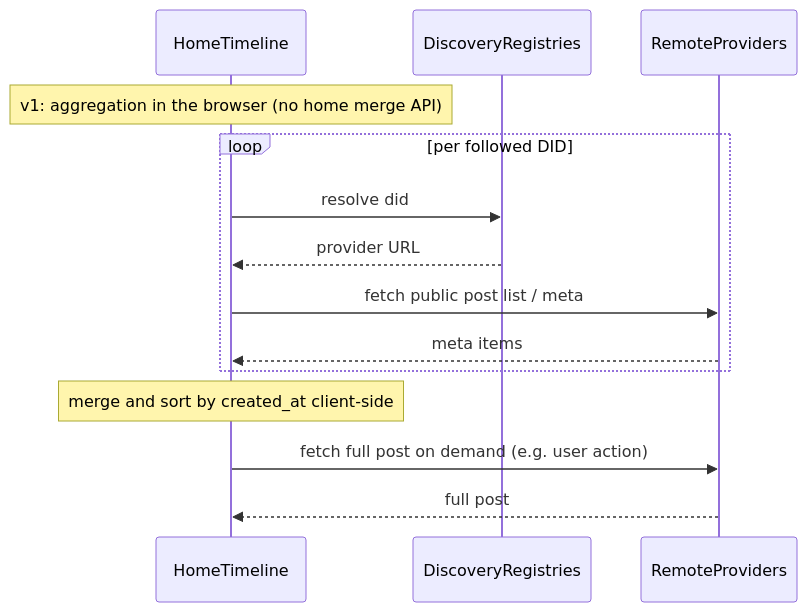
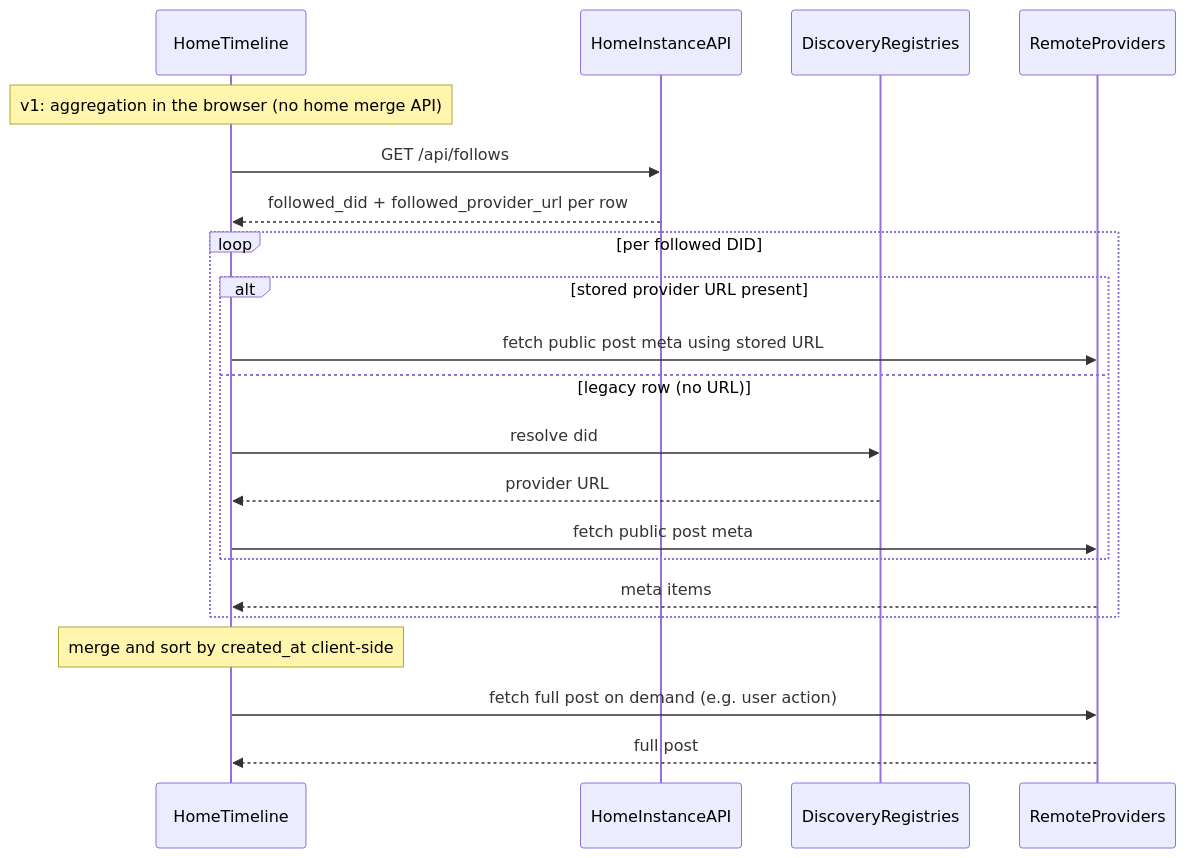
Before and after one commit to syr-is/syr: the diagram in apps/docs/app/src/routes/architecture/follows-and-timeline/+page.md, drawn with Mermaid. The commit also changed other lines of this file and 67 other files, not shown here.

````diff
--- a/apps/docs/app/src/routes/architecture/follows-and-timeline/+page.md
+++ b/apps/docs/app/src/routes/architecture/follows-and-timeline/+page.md
@@ -124,17 +127,24 @@
 ```mermaid
 sequenceDiagram
   participant UI as HomeTimeline
+  participant Home as HomeInstanceAPI
   participant Reg as DiscoveryRegistries
   participant Prov as RemoteProviders
 
   Note over UI: v1: aggregation in the browser (no home merge API)
+  UI->>Home: GET /api/follows
+  Home-->>UI: followed_did + followed_provider_url per row
   loop per followed DID
-    UI->>Reg: resolve did
-    Reg-->>UI: provider URL
-    UI->>Prov: fetch public post list / meta
+    alt stored provider URL present
+      UI->>Prov: fetch public post meta using stored URL
+    else legacy row (no URL)
+      UI->>Reg: resolve did
+      Reg-->>UI: provider URL
+      UI->>Prov: fetch public post meta
+    end
     Prov-->>UI: meta items
   end
   Note over UI: merge and sort by created_at client-side
   UI->>Prov: fetch full post on demand (e.g. user action)
   Prov-->>UI: full post
 ```
````
